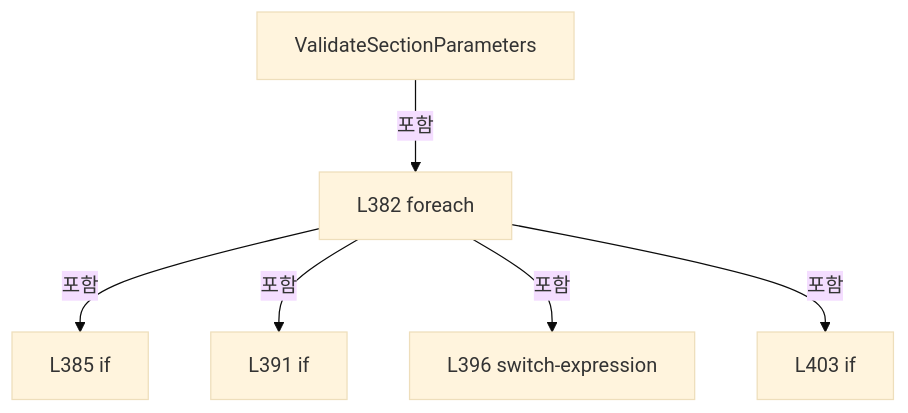
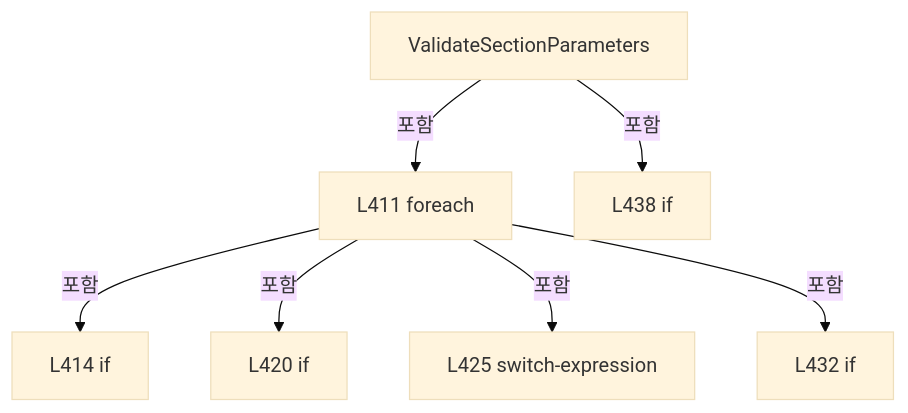
Before and after one commit to kjuws10-rgb/Shared: the ninth of 17 diagrams in A3 LD Code Ref/files/Drilling.File/JHMI/CSettingFile.cs.md, drawn with Mermaid (base theme). The commit also changed other lines of this file and 1984 other files, not shown here.

Commit message:
docs(a3): update 11.17.0 architecture and complete code reference

````diff
--- a/A3 LD Code Ref/files/Drilling.File/JHMI/CSettingFile.cs.md
+++ b/A3 LD Code Ref/files/Drilling.File/JHMI/CSettingFile.cs.md
@@ -1721,14 +1788,16 @@
 ```mermaid
 flowchart TD
  M["ValidateSectionParameters"]
- N0["L382 foreach"]
+ N0["L411 foreach"]
  M -->|포함| N0
- N1["L385 if"]
+ N1["L414 if"]
  N0 -->|포함| N1
- N2["L391 if"]
+ N2["L420 if"]
  N0 -->|포함| N2
- N3["L396 switch-expression"]
+ N3["L425 switch-expression"]
  N0 -->|포함| N3
- N4["L403 if"]
+ N4["L432 if"]
  N0 -->|포함| N4
+ N5["L438 if"]
+ M -->|포함| N5
 ```
````
